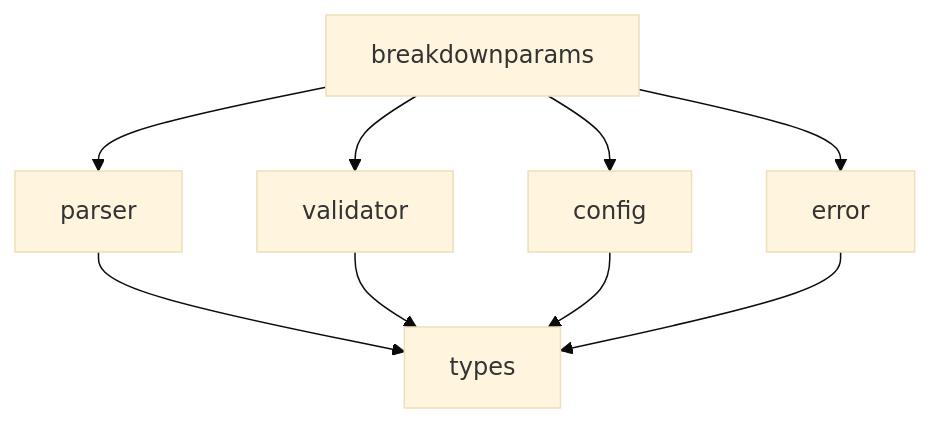
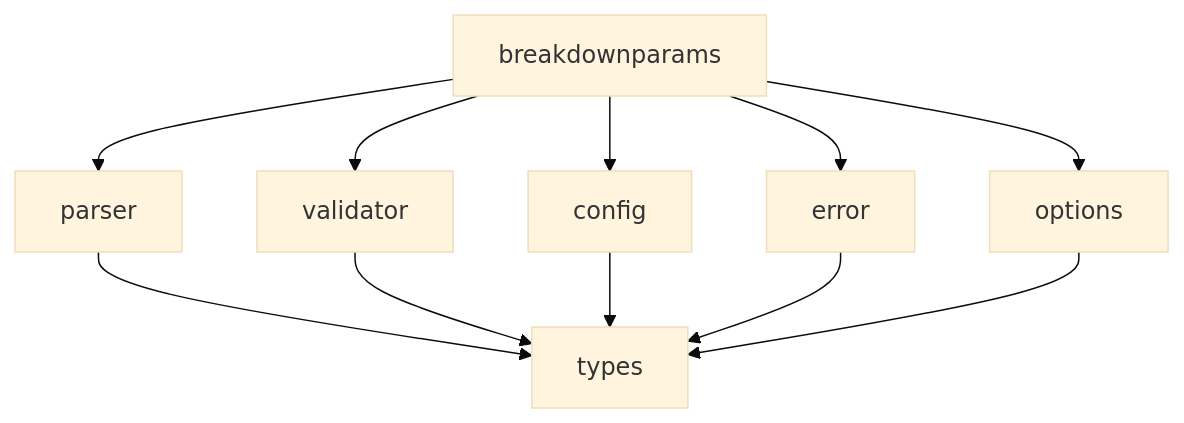
Before and after one commit to tettuan/breakdownparams: the tenth of 10 diagrams in docs/architecture/layer2_diagrams.ja.md, drawn with Mermaid (base theme). The commit also changed other lines of this file and 123 other files, not shown here.

Commit message:
feat: implement option system architecture - Add option types, registry, tests and update docs

````diff
--- a/docs/architecture/layer2_diagrams.ja.md
+++ b/docs/architecture/layer2_diagrams.ja.md
@@ -170,12 +247,14 @@
 ```mermaid
 graph TD
     A[breakdownparams] --> B[parser]
     A --> C[validator]
     A --> D[config]
     A --> E[error]
+    A --> F[options]
     
-    B --> F[types]
-    C --> F
-    D --> F
-    E --> F
+    B --> G[types]
+    C --> G
+    D --> G
+    E --> G
+    F --> G
 ```
````
